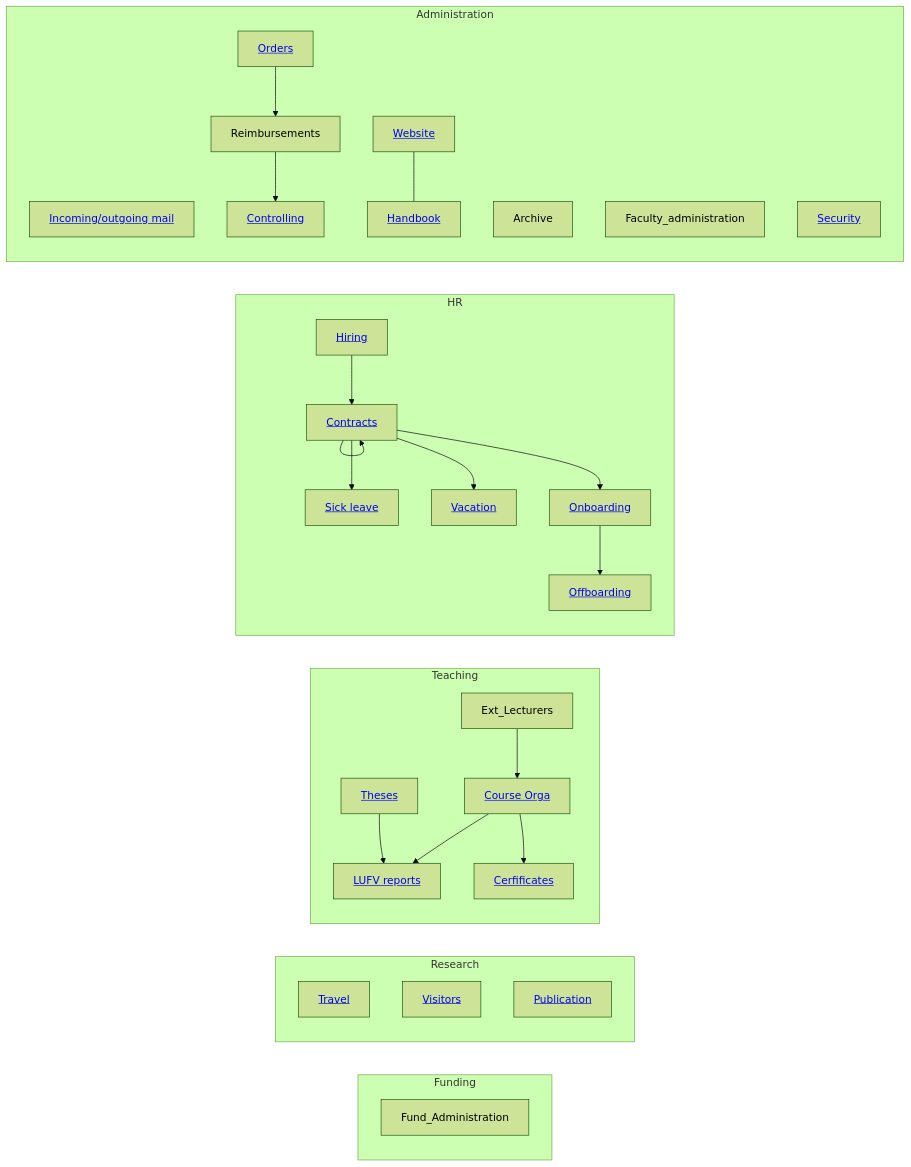
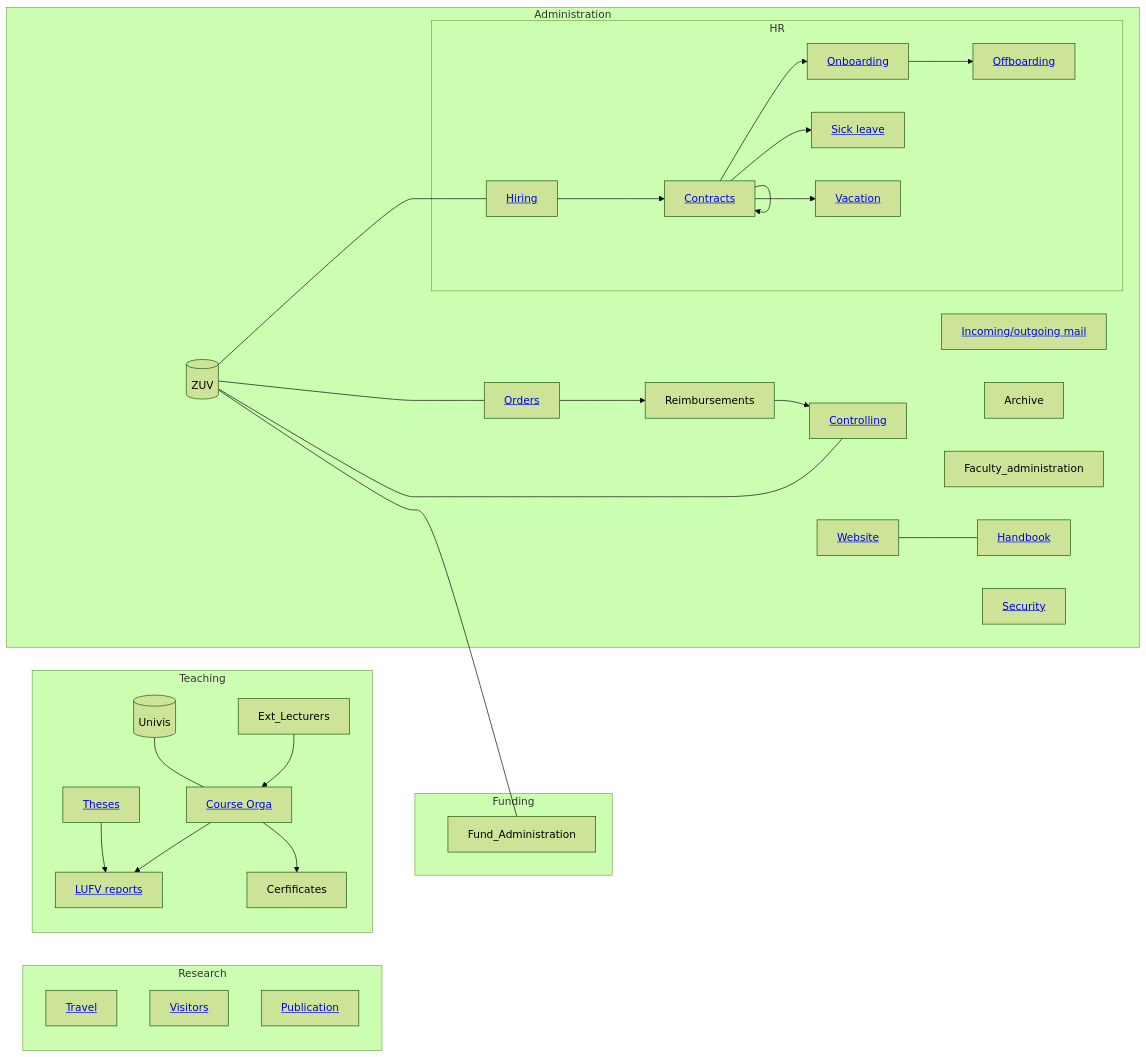
Before and after one commit to digital-work-lab/handbook: the diagram in docs/10-lab/10_processes/10.09.team_assistance.md, drawn with Mermaid (forest theme).

````diff
--- a/docs/10-lab/10_processes/10.09.team_assistance.md
+++ b/docs/10-lab/10_processes/10.09.team_assistance.md
@@ -13,38 +13,47 @@
 ```mermaid
+
 flowchart LR
+    ZUV[(ZUV)]
+    Univis[(Univis)]
     subgraph Funding
         Fund_Administration
     end
     subgraph Research
         Travel["<a href='10.50.travel.html'>Travel</a>"]
         Visitors["<a href='10.53.visitors.html'>Visitors</a>"]
         Publications["<a href='../../20-research/20_processes/20.33.publication.html'>Publication</a>"]
     end
     subgraph Teaching
         Ext_Lecturers --> Course_Orga["<a href='../../30-teaching/30_processes/30.02.courses.html'>Course Orga</a>"]
         Course_Orga --> LUFV["<a href='../../30-teaching/30_processes/30.20.reports.html'>LUFV reports</a>"]
         Theses["<a href='../../30-teaching/30_processes/30.40.theses.html'>Theses</a>"] --> LUFV
         LUFV
-        Course_Orga --> Certificates["<a href='../../30-teaching/30_processes/30.51.certificates.html'>Cerfificates</a>"]
-    end
-    subgraph HR
-        Hiring["<a href='10.30.hiring.html'>Hiring</a>"] --> Contracts["<a href='10.31.contracts.html'>Contracts</a>"]
-        Contracts --> Contracts
-        Contracts --> Onboarding["<a href='10.32.onboarding.html'>Onboarding</a>"]
-        Contracts --> Sick_leave["<a href='10.35.sick_leave.html'>Sick leave</a>"]
-        Contracts --> Vacation["<a href='10.33.vacation.html'>Vacation</a>"]
-        Onboarding --> Offoarding["<a href='10.39.offboarding.html'>Offboarding</a>"]
+        Course_Orga --> Certificates["<a h4ref='../../30-teaching/30_processes/30.51.certificates.html'>Cerfificates</a>"]
+        Univis --- Course_Orga
     end
     subgraph Administration
         Mail["<a href='10.51.mail.html'>Incoming/outgoing mail</a>"]
         Archive
         Faculty_administration
         Orders["<a href='10.52.orders.html'>Orders</a>"] --> Reimbursements
         Reimbursements --> Controlling["<a href='10.70.controlling.html'>Controlling</a>"]
         Controlling
         Website["<a href='10.11.website.html'>Website</a>"] --- Handbook["<a href='10.10.handbook.html'>Handbook</a>"]
         Handbook
         Security["<a href='10.72.security.html'>Security</a>"]
+        ZUV --- Controlling
+        ZUV --- Orders
+        subgraph HR
+            Hiring["<a href='10.30.hiring.html'>Hiring</a>"] --> Contracts["<a href='10.31.contracts.html'>Contracts</a>"]
+            Contracts --> Contracts
+            Contracts --> Onboarding["<a href='10.32.onboarding.html'>Onboarding</a>"]
+            Contracts --> Sick_leave["<a href='10.35.sick_leave.html'>Sick leave</a>"]
+            Contracts --> Vacation["<a href='10.33.vacation.html'>Vacation</a>"]
+            Onboarding --> Offoarding["<a href='10.39.offboarding.html'>Offboarding</a>"]
+        end
     end
 
+    ZUV --- Hiring
+    ZUV --- Fund_Administration
+
 ```
````
